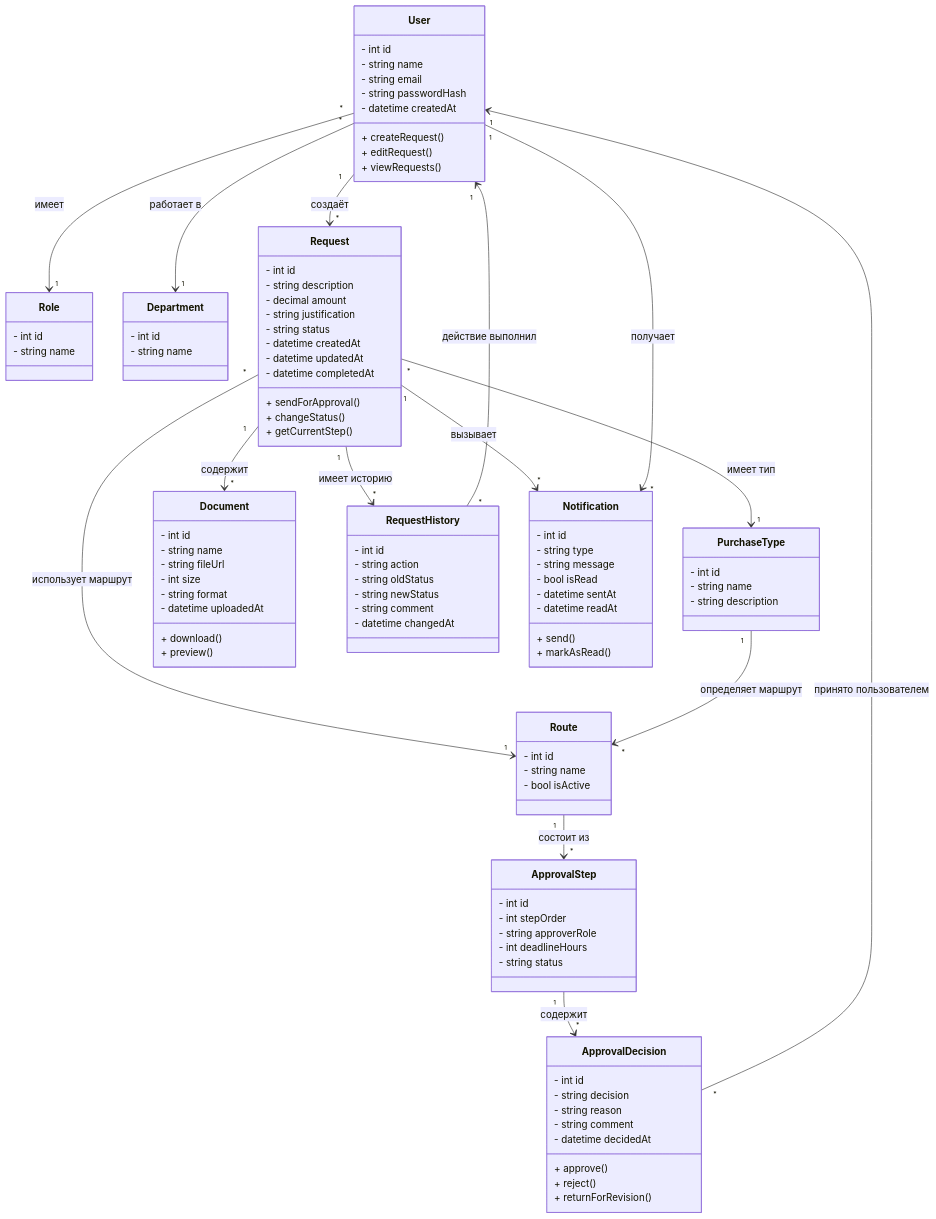
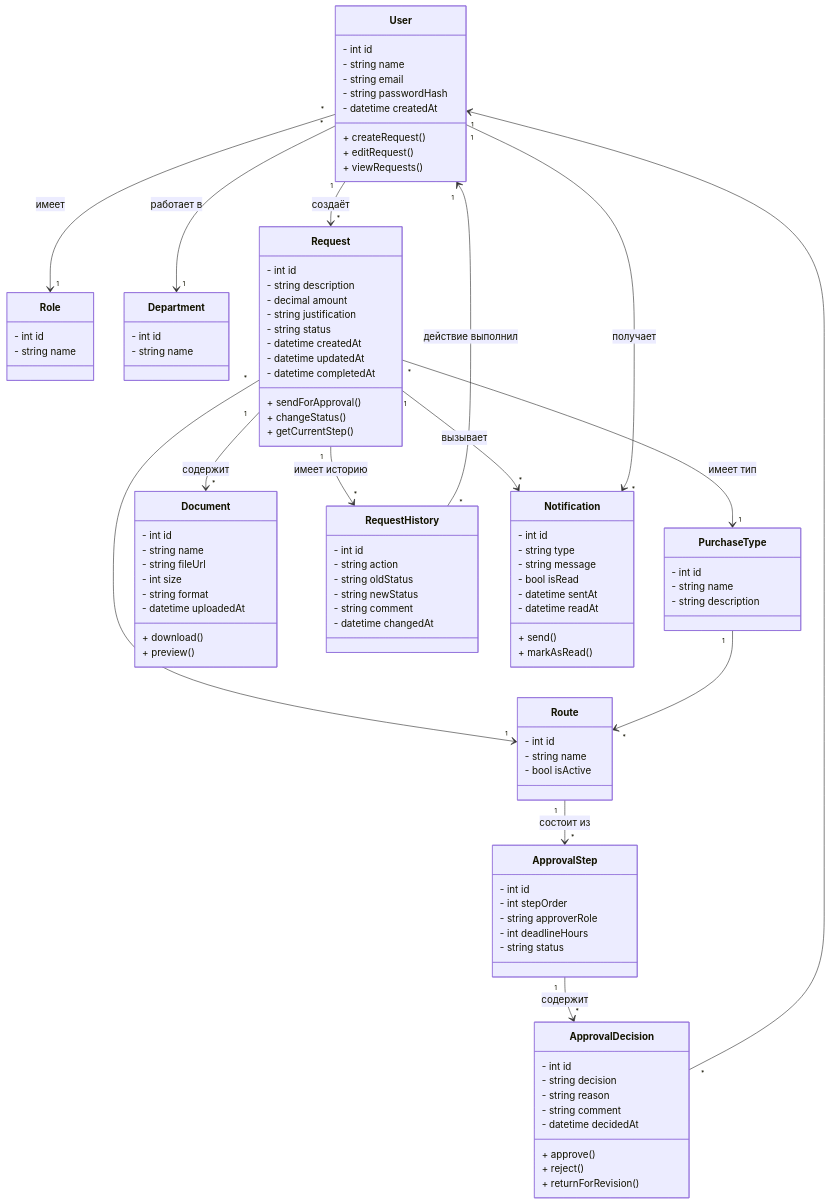
One commit to Maria27273/procurement-process-analysis changed the diagram in docs/05-system-analysis/class-diagram.md. Above: the diagram before and after it, drawn with Mermaid.

```diff
--- a/docs/05-system-analysis/class-diagram.md
+++ b/docs/05-system-analysis/class-diagram.md
@@ -108,13 +108,13 @@
     Request "*" --> "1" PurchaseType : имеет тип
     Request "1" --> "*" Document : содержит
     Request "1" --> "*" RequestHistory : имеет историю
-    Request "*" --> "1" Route : использует маршрут
+    Request "*" --> "1" Route
 
-    PurchaseType "1" --> "*" Route : определяет маршрут
+    PurchaseType "1" --> "*" Route 
     Route "1" --> "*" ApprovalStep : состоит из
 
     ApprovalStep "1" --> "*" ApprovalDecision : содержит
-    ApprovalDecision "*" --> "1" User : принято пользователем
+    ApprovalDecision "*" --> "1" User 
 
     RequestHistory "*" --> "1" User : действие выполнил
 
```
